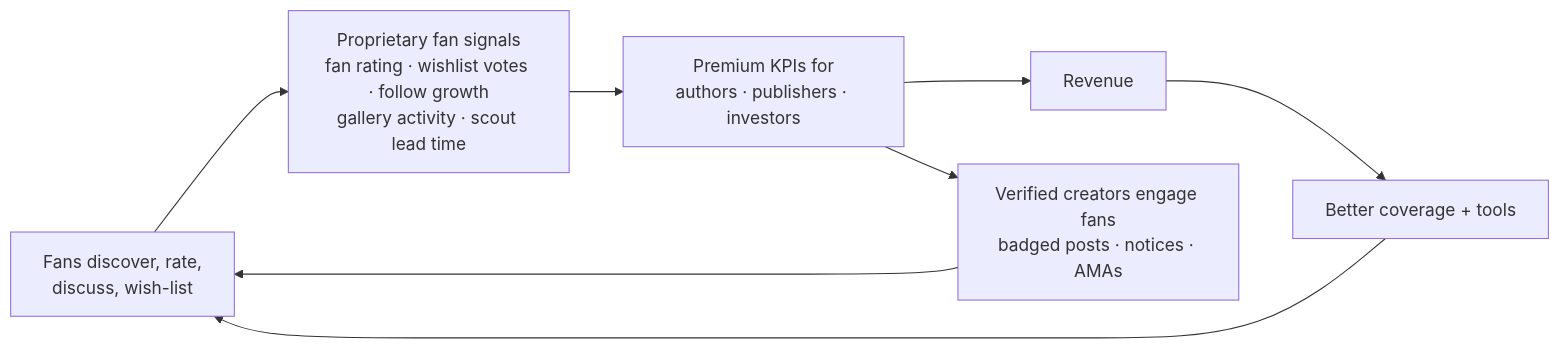
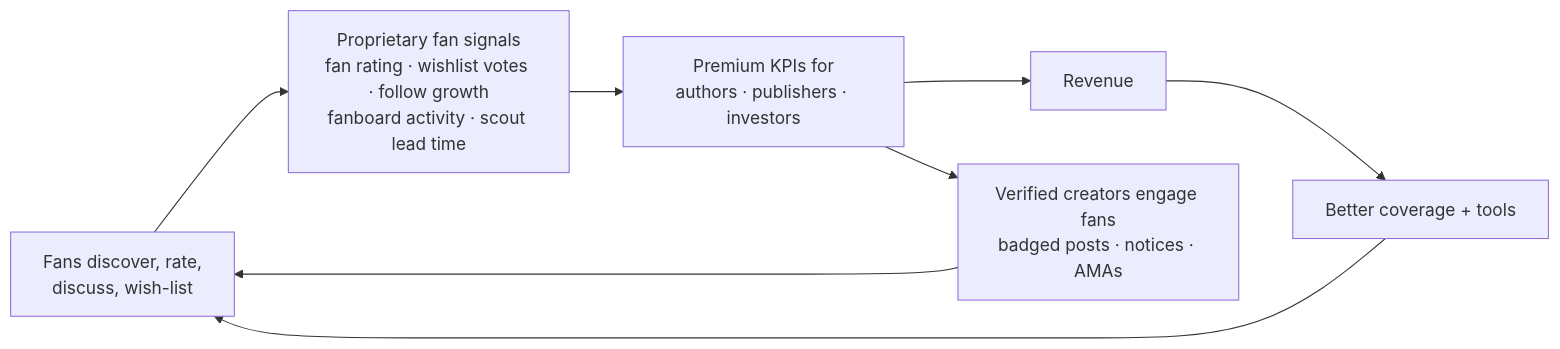
Before and after one commit to projectjwh/plotline: the diagram in docs/product/product-spec.md, drawn with Mermaid. The commit also changed other lines of this file and 14 other files, not shown here.

````diff
--- a/docs/product/product-spec.md
+++ b/docs/product/product-spec.md
@@ -36,10 +36,10 @@
 ```mermaid
 flowchart LR
-  A[Fans discover, rate,<br/>discuss, wish-list] --> B[Proprietary fan signals<br/>fan rating · wishlist votes · follow growth<br/>gallery activity · scout lead time]
+  A[Fans discover, rate,<br/>discuss, wish-list] --> B[Proprietary fan signals<br/>fan rating · wishlist votes · follow growth<br/>fanboard activity · scout lead time]
   B --> C[Premium KPIs for<br/>authors · publishers · investors]
   C --> D[Revenue]
   D --> E[Better coverage + tools]
   E --> A
   C --> F[Verified creators engage fans<br/>badged posts · notices · AMAs]
   F --> A
 ```
````
